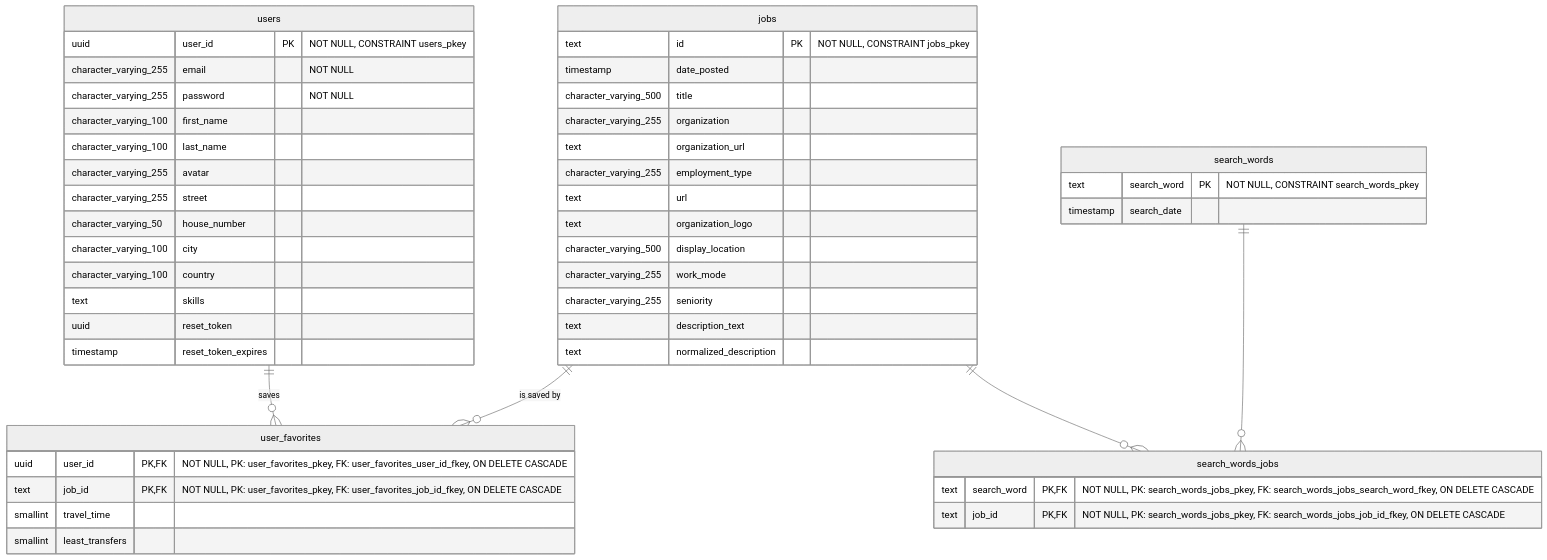
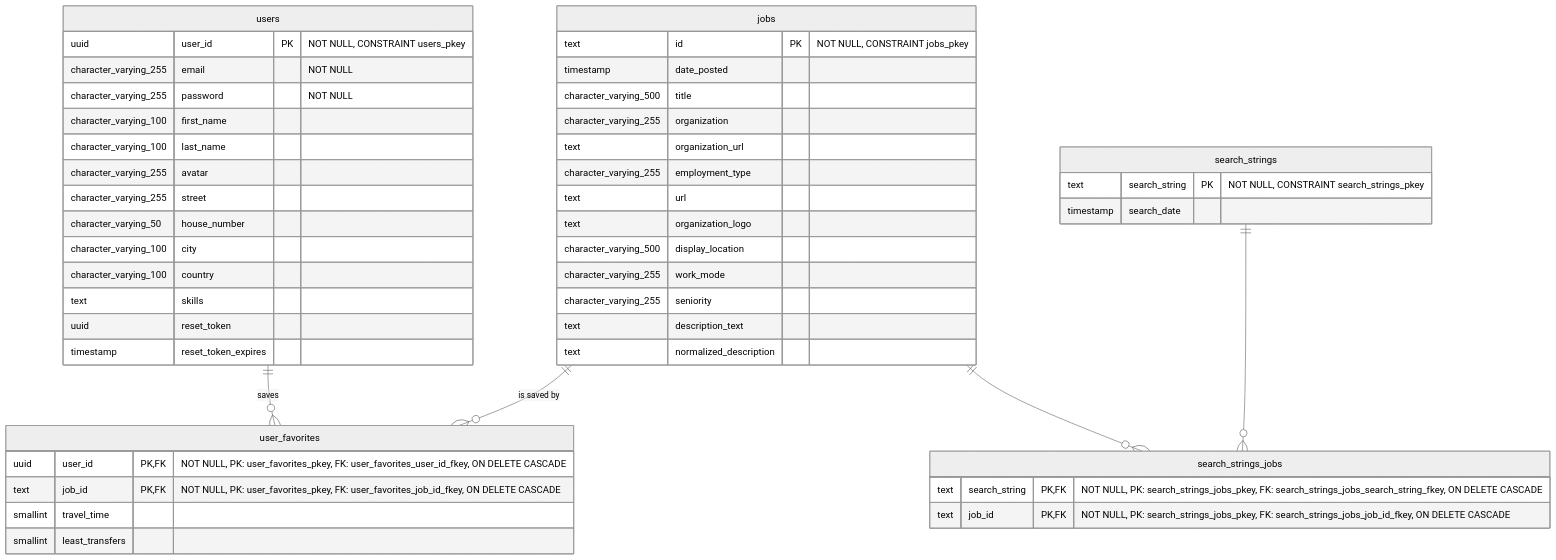
One commit to YahyaAl-Ademi/2025.10.23-JobCompass changed the diagram in documentation/ERD.md. Above: the diagram before and after it, drawn with Mermaid (neutral theme). The commit also changed 6 other files, not shown here.

Commit message:
Refactor database schema and queries: rename 'search_words' to 'search_strings' and update related tables and queries for consistency across the application

````diff
--- a/documentation/ERD.md
+++ b/documentation/ERD.md
@@ -5,56 +5,56 @@
 ```mermaid
 erDiagram
     users ||--o{ user_favorites : "saves"
     jobs ||--o{ user_favorites : "is saved by"
-    search_words ||--o{ search_words_jobs : ""
-    jobs ||--o{ search_words_jobs : ""
+    search_strings ||--o{ search_strings_jobs : ""
+    jobs ||--o{ search_strings_jobs : ""
 
     users {
         uuid user_id PK "NOT NULL, CONSTRAINT users_pkey"
         character_varying_255 email "NOT NULL"
         character_varying_255 password "NOT NULL"
         character_varying_100 first_name
         character_varying_100 last_name
         character_varying_255 avatar
         character_varying_255 street
         character_varying_50 house_number
         character_varying_100 city
         character_varying_100 country
         text skills
         uuid reset_token
         timestamp reset_token_expires
     }
 
     jobs {
         text id PK "NOT NULL, CONSTRAINT jobs_pkey"
         timestamp date_posted
         character_varying_500 title
         character_varying_255 organization
         text organization_url
         character_varying_255 employment_type
         text url
         text organization_logo
         character_varying_500 display_location
         character_varying_255 work_mode
         character_varying_255 seniority
         text description_text
         text normalized_description
     }
 
     user_favorites {
         uuid user_id PK,FK "NOT NULL, PK: user_favorites_pkey, FK: user_favorites_user_id_fkey, ON DELETE CASCADE"
         text job_id PK,FK "NOT NULL, PK: user_favorites_pkey, FK: user_favorites_job_id_fkey, ON DELETE CASCADE"
         smallint travel_time
         smallint least_transfers
     }
 
-    search_words {
-        text search_word PK "NOT NULL, CONSTRAINT search_words_pkey"
+    search_strings {
+        text search_string PK "NOT NULL, CONSTRAINT search_strings_pkey"
         timestamp search_date
     }
 
-    search_words_jobs {
-        text search_word PK,FK "NOT NULL, PK: search_words_jobs_pkey, FK: search_words_jobs_search_word_fkey, ON DELETE CASCADE"
-        text job_id PK,FK "NOT NULL, PK: search_words_jobs_pkey, FK: search_words_jobs_job_id_fkey, ON DELETE CASCADE"
+    search_strings_jobs {
+        text search_string PK,FK "NOT NULL, PK: search_strings_jobs_pkey, FK: search_strings_jobs_search_string_fkey, ON DELETE CASCADE"
+        text job_id PK,FK "NOT NULL, PK: search_strings_jobs_pkey, FK: search_strings_jobs_job_id_fkey, ON DELETE CASCADE"
     }
 ```
````
